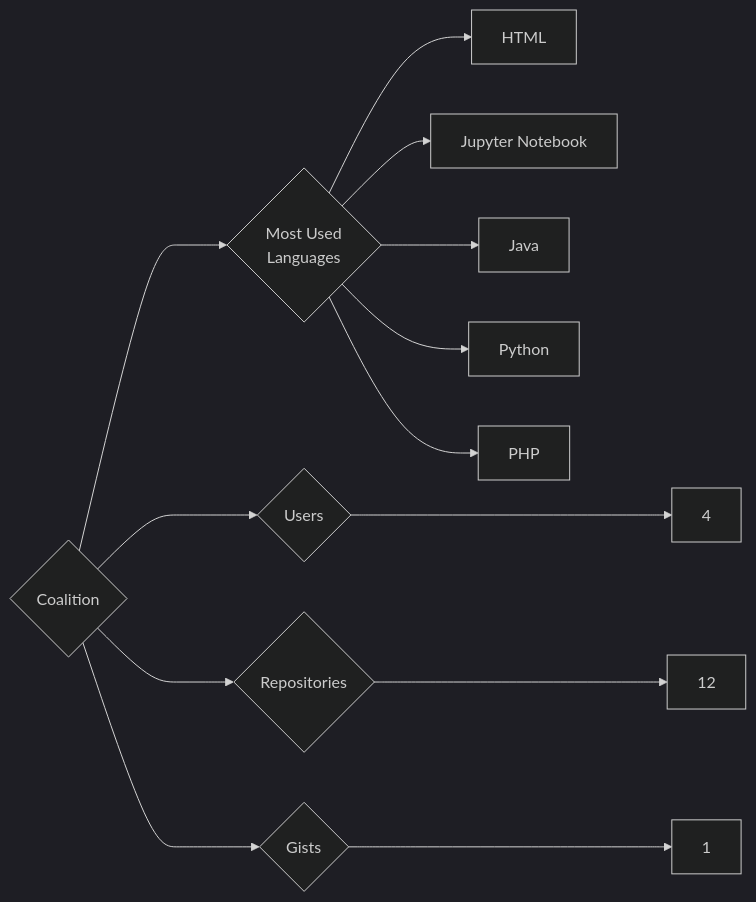
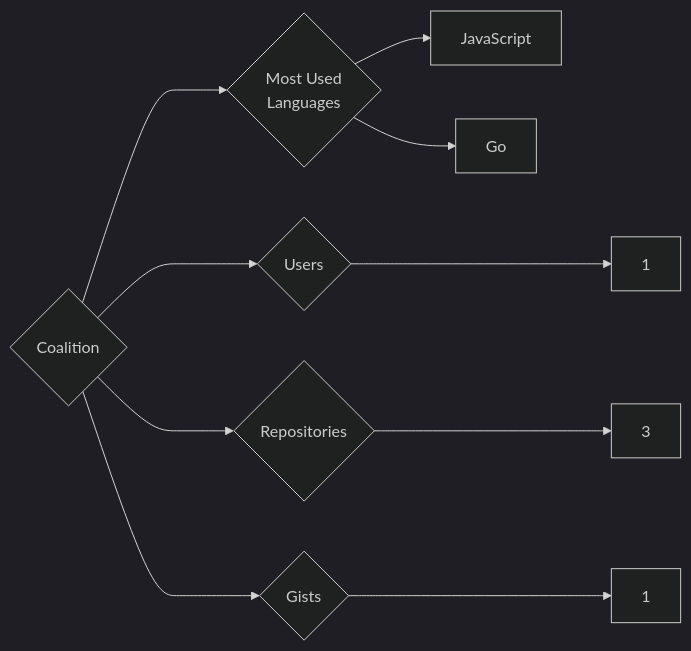
The diagram in targets/Coalition/README.md (trickest/insiders), drawn with Mermaid (dark theme) before and after one commit. The commit also changed 925 other files, not shown here.

````diff
--- a/targets/Coalition/README.md
+++ b/targets/Coalition/README.md
@@ -3,13 +3,10 @@
 ```mermaid
 graph LR
 COMPANY_NAME{Coalition}
-COMPANY_NAME ---> U{Users} ---> UN[4]
-COMPANY_NAME ---> R{Repositories} ---> RN[12]
+COMPANY_NAME ---> U{Users} ---> UN[1]
+COMPANY_NAME ---> R{Repositories} ---> RN[3]
 COMPANY_NAME ---> G{Gists} ---> GN[1]
 COMPANY_NAME ---> ML{Most Used<br>Languages}
-ML --> HTML[HTML]
-ML --> Jupyter_Notebook[Jupyter Notebook]
-ML --> Java[Java]
-ML --> Python[Python]
-ML --> PHP[PHP]
+ML --> JavaScript[JavaScript]
+ML --> Go[Go]
 ```
````
